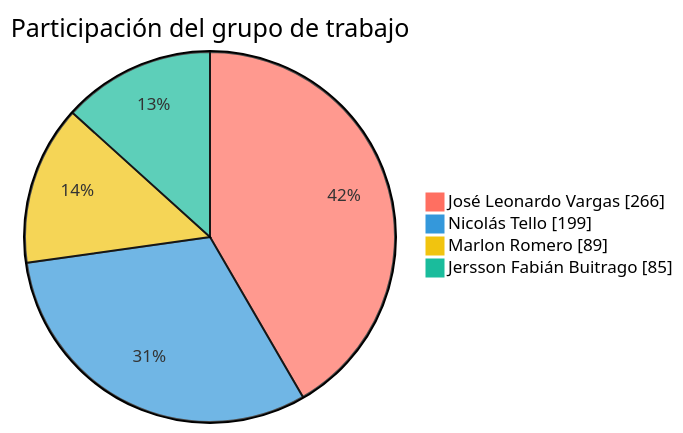
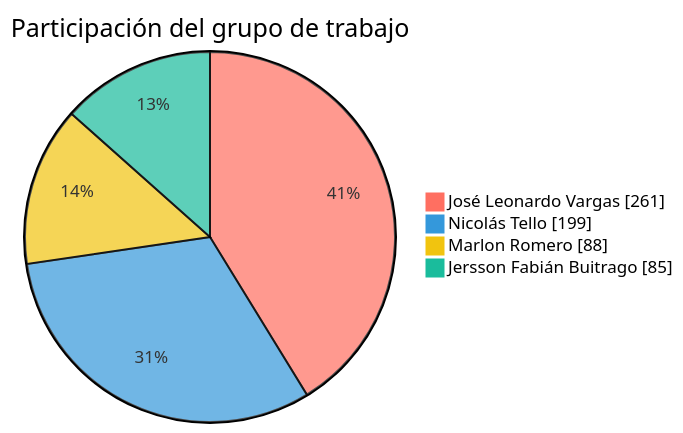
The first of 2 diagrams in README.md (FarmaExpres/FarmaExpres), drawn with Mermaid before and after one commit. The commit also changed other lines of this file and 1 other file, not shown here.

````diff
--- a/README.md
+++ b/README.md
@@ -389,9 +389,9 @@
 ```mermaid
 %%{init: {"themeVariables": {"pie1": "#ff6f61", "pie2": "#3498db", "pie3": "#f1c40f", "pie4": "#1abc9c", "pieLabelColor": "#000000", "pieLabelFontSize": "24px", "pieLabelFontWeight": "700"}}}%%
 pie showData
     title Participación del grupo de trabajo
-    "José Leonardo Vargas" : 266
+    "José Leonardo Vargas" : 261
     "Nicolás Tello" : 199
-    "Marlon Romero" : 89
+    "Marlon Romero" : 88
     "Jersson Fabián Buitrago" : 85
 ```
````
